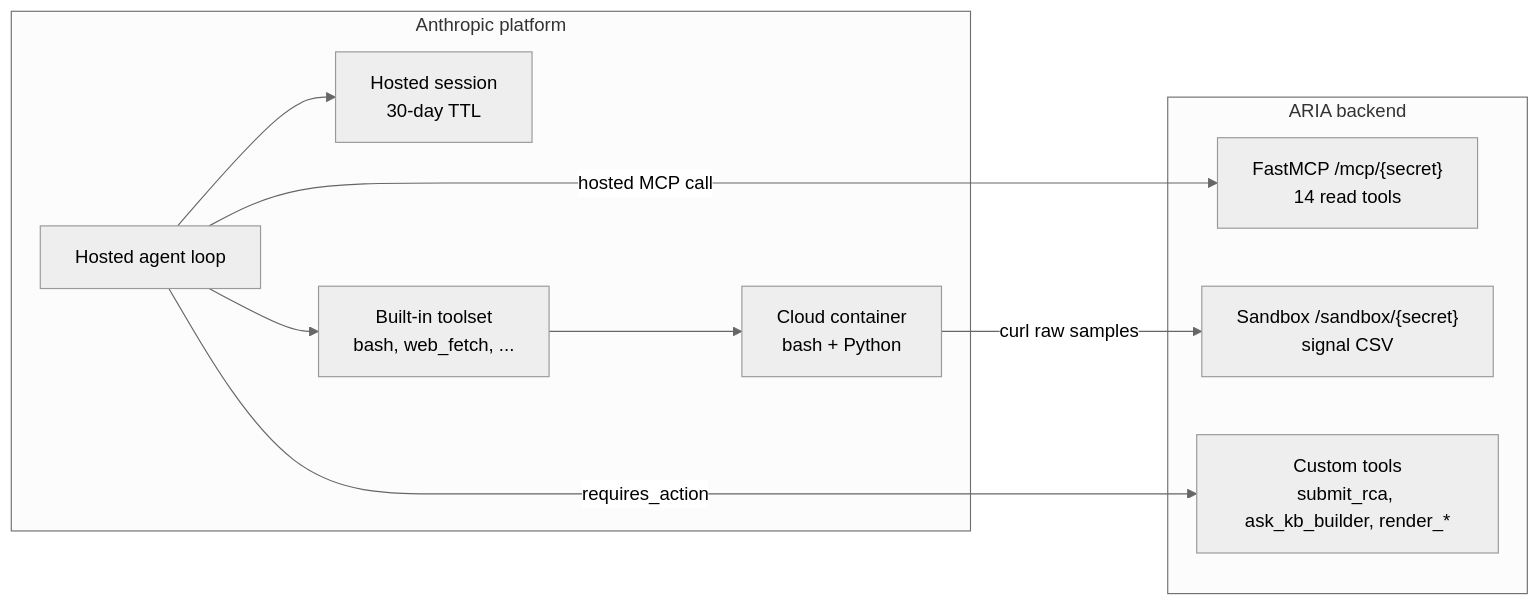
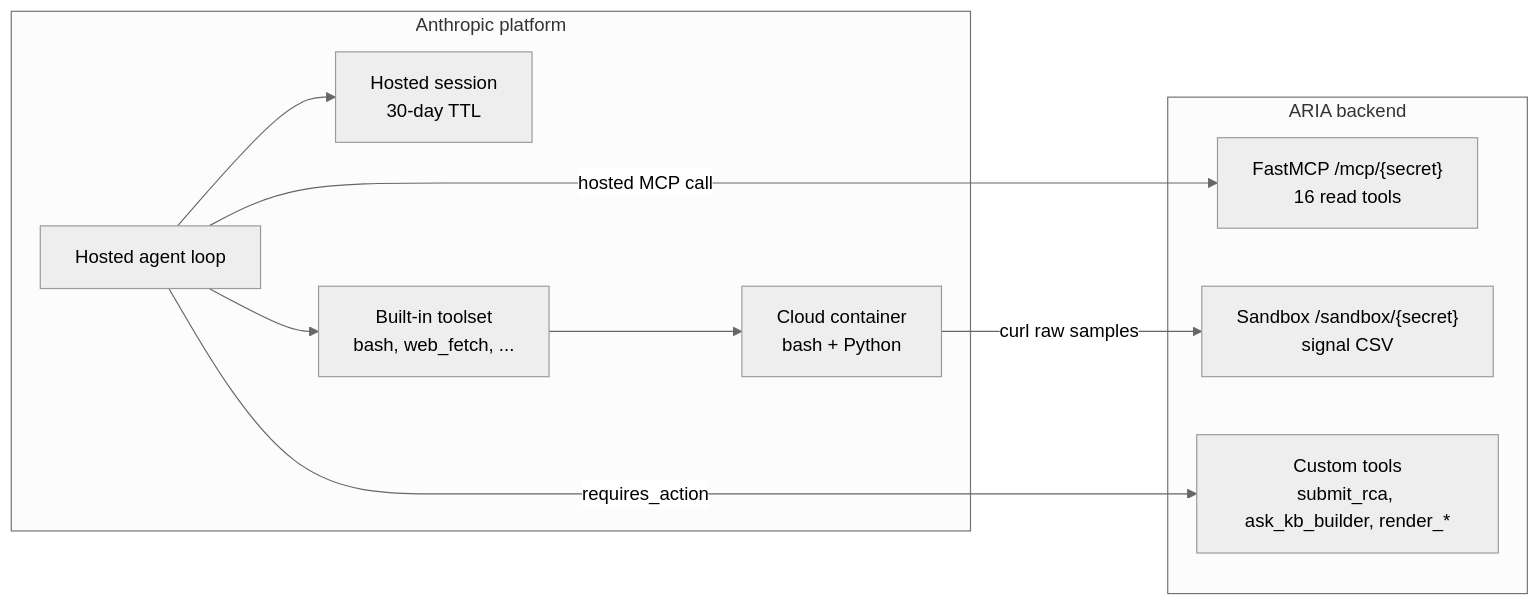
One commit to zestones/Aria changed the first of 4 diagrams in docs/architecture/07-managed-agents.md. Above: the diagram before and after it, drawn with Mermaid (neutral theme). The commit also changed 16 other files, not shown here.

Commit message:
fix: documentation errors bad mcp tools number

````diff
--- a/docs/architecture/07-managed-agents.md
+++ b/docs/architecture/07-managed-agents.md
@@ -34,21 +34,21 @@
 ```mermaid
 flowchart LR
     subgraph Anthropic["Anthropic platform"]
         Loop["Hosted agent loop"]
         Session["Hosted session<br/>30-day TTL"]
         Container["Cloud container<br/>bash + Python"]
         Toolset["Built-in toolset<br/>bash, web_fetch, ..."]
     end
     subgraph ARIA["ARIA backend"]
-        MCP["FastMCP /mcp/{secret}<br/>14 read tools"]
+        MCP["FastMCP /mcp/{secret}<br/>16 read tools"]
         Sandbox["Sandbox /sandbox/{secret}<br/>signal CSV"]
         Custom["Custom tools<br/>submit_rca, ask_kb_builder, render_*"]
     end
 
     Loop --> Session
     Loop --> Toolset
     Toolset --> Container
     Loop -- "hosted MCP call" --> MCP
     Container -- "curl raw samples" --> Sandbox
     Loop -- "requires_action" --> Custom
 ```
````
